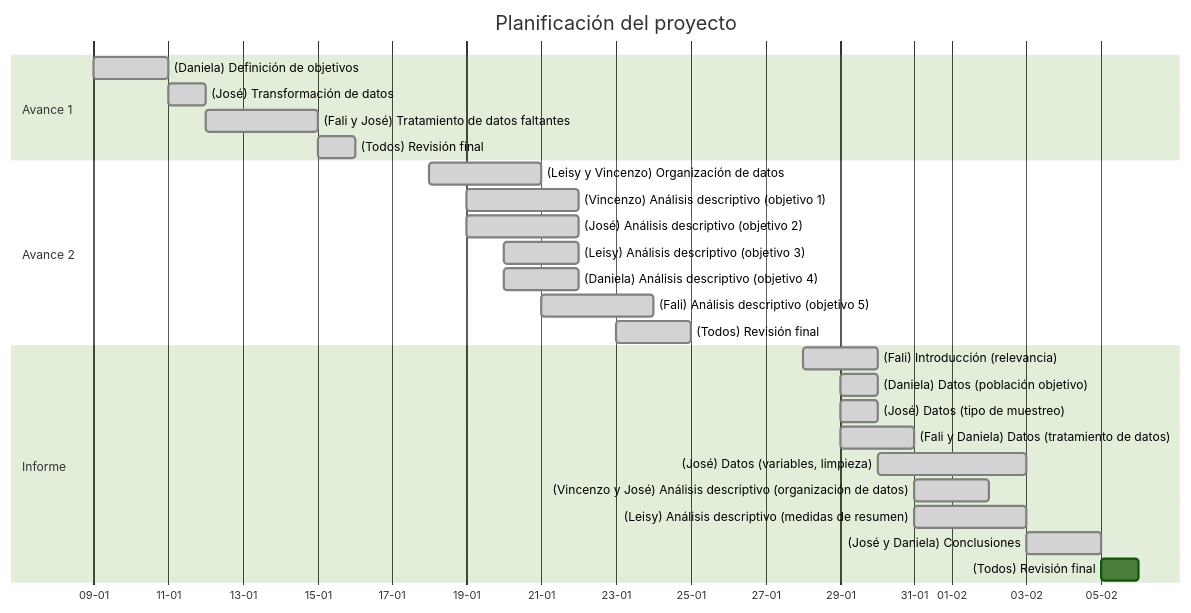
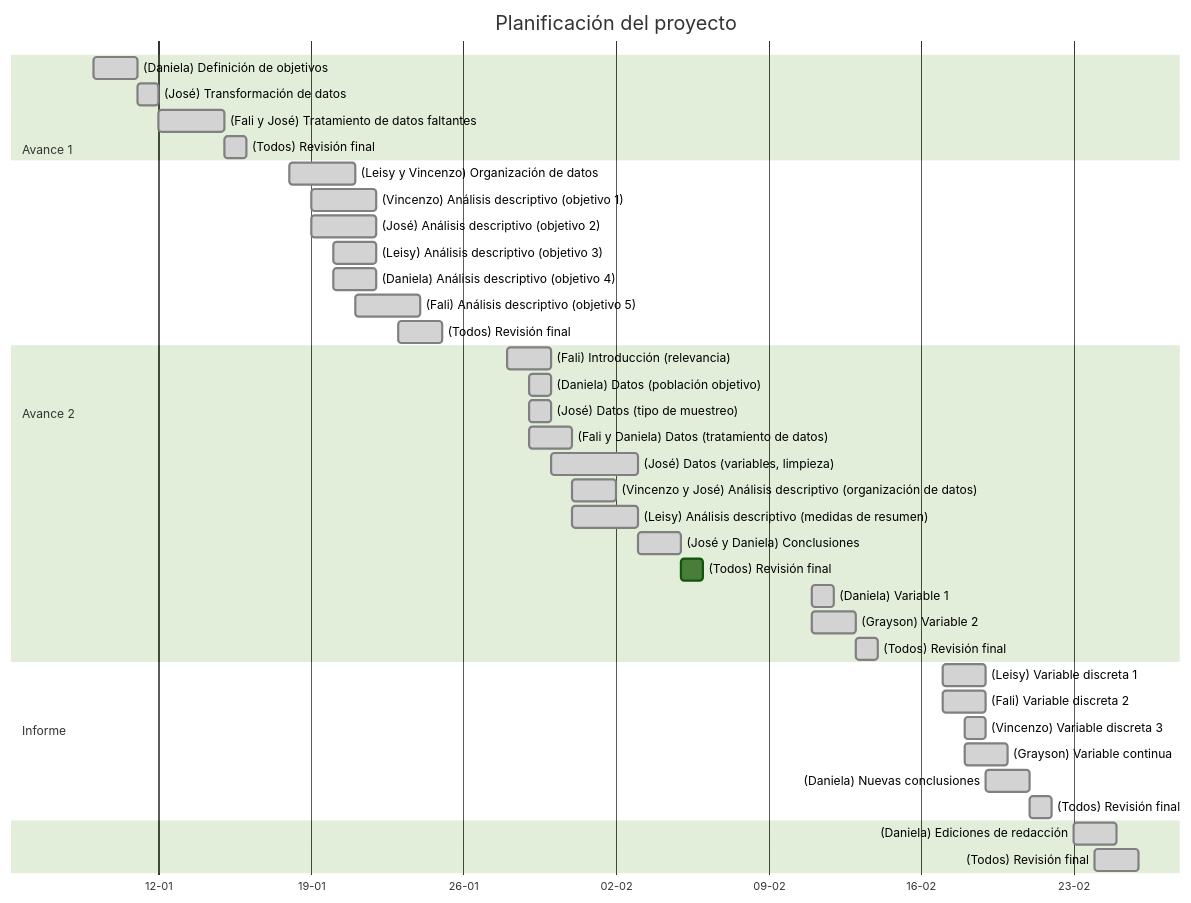
The diagram in G03_Informe.qmd (Grazen0/proyecto-stats), drawn with Mermaid (forest theme) before and after one commit. The commit also changed other lines of this file and 6 other files, not shown here.

````diff
--- a/G03_Informe.qmd
+++ b/G03_Informe.qmd
@@ -33,30 +31,44 @@
 ```{mermaid}
 gantt
   title Planificación del proyecto
   dateFormat DD-MM-YYYY
   axisFormat %d-%m
   todayMarker off
   section Avance 1
     (Daniela) Definición de objetivos                               :done,    2025-01-9,  2d
     (José) Transformación de datos                                  :done,    2025-01-11, 1d
     (Fali y José) Tratamiento de datos faltantes                    :done,                3d
     (Todos) Revisión final                                          :done,    2025-01-15, 1d
   section Avance 2
     (Leisy y Vincenzo) Organización de datos                        :done,    2025-01-18, 3d
     (Vincenzo) Análisis descriptivo (objetivo 1)                    :done,    2025-01-19, 3d
     (José) Análisis descriptivo (objetivo 2)                        :done,    2025-01-19, 3d
     (Leisy) Análisis descriptivo (objetivo 3)                       :done,    2025-01-20, 2d
     (Daniela) Análisis descriptivo (objetivo 4)                     :done,    2025-01-20, 2d
     (Fali) Análisis descriptivo (objetivo 5)                        :done,    2025-01-21, 3d
     (Todos) Revisión final                                          :done,    2025-01-23, 2d
   section Informe
     (Fali) Introducción (relevancia)                                :done,    2025-01-28, 2d
     (Daniela) Datos (población objetivo)                            :done,    2025-01-29, 1d
     (José) Datos (tipo de muestreo)                                 :done,    2025-01-29, 1d
     (Fali y Daniela) Datos (tratamiento de datos)                   :done,    2025-01-29, 2d
     (José) Datos (variables, limpieza)                              :done,    2025-01-30, 4d
     (Vincenzo y José) Análisis descriptivo (organización de datos)  :done,    2025-01-31, 2d
     (Leisy) Análisis descriptivo (medidas de resumen)               :done,    2025-01-31, 3d
     (José y Daniela) Conclusiones                                   :done,    2025-02-03, 2d
     (Todos) Revisión final                                          :done     2025-02-05, 1d
+  section Avance 1
+    (Daniela) Variable 1                                            :done,    2025-02-11, 1d
+    (Grayson) Variable 2                                            :done,    2025-02-11, 2d
+    (Todos) Revisión final                                          :done,    2025-02-13, 1d
+  section Avance 2
+    (Leisy) Variable discreta 1                                     :done,    2025-02-17, 2d
+    (Fali) Variable discreta 2                                      :done,    2025-02-17, 2d
+    (Vincenzo) Variable discreta 3                                  :done,    2025-02-18, 1d
+    (Grayson) Variable continua                                     :done,    2025-02-18, 2d
+    (Daniela) Nuevas conclusiones                                   :done,    2025-02-19, 2d
+    (Todos) Revisión final                                          :done,    2025-02-21, 1d
+  section Informe
+    (Daniela) Ediciones de redacción                                :done,    2025-02-23, 2d
+    (Todos) Revisión final                                          :done,    2025-02-24, 2d
 ```
````
